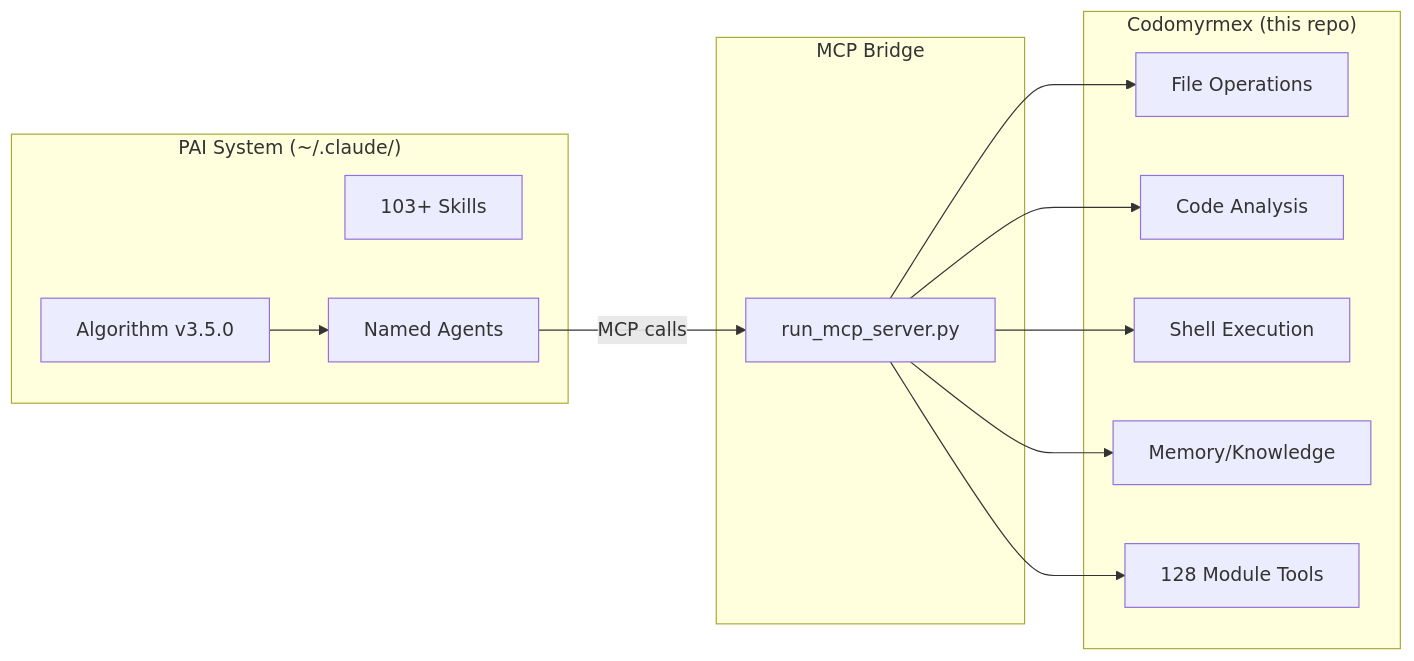
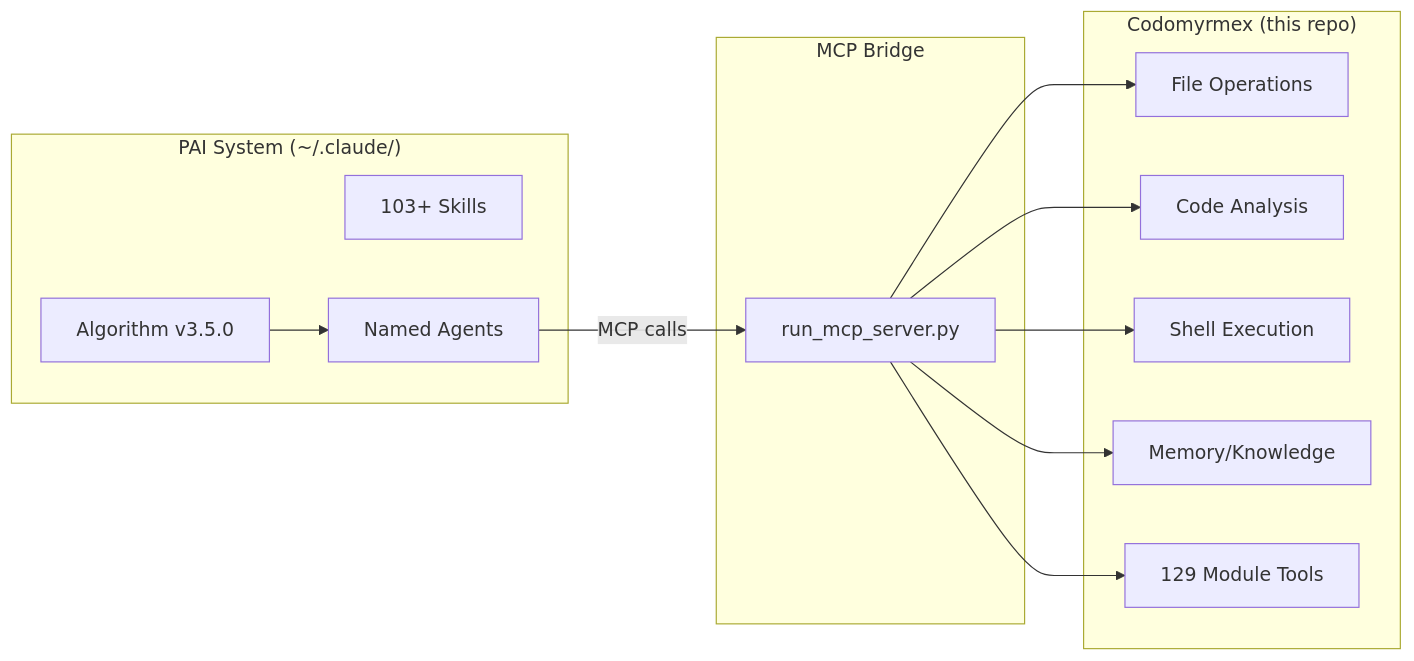
One commit to docxology/codomyrmex changed the diagram in PAI.md. Above: the diagram before and after it, drawn with Mermaid. The commit also changed other lines of this file and 58 other files, not shown here.

````diff
--- a/PAI.md
+++ b/PAI.md
@@ -35,28 +35,28 @@
 ```mermaid
 graph LR
     subgraph PAI ["PAI System (~/.claude/)"]
         Algo["Algorithm v3.5.0"]
         Skills["103+ Skills"]
         Agents["Named Agents"]
     end
 
     subgraph Bridge ["MCP Bridge"]
         Server["run_mcp_server.py"]
     end
 
     subgraph Codomyrmex ["Codomyrmex (this repo)"]
         FileOps["File Operations"]
         CodeAnalysis["Code Analysis"]
         Shell["Shell Execution"]
         Memory["Memory/Knowledge"]
-        Modules["128 Module Tools"]
+        Modules["129 Module Tools"]
     end
 
     Algo --> Agents
     Agents -->|"MCP calls"| Server
     Server --> FileOps
     Server --> CodeAnalysis
     Server --> Shell
     Server --> Memory
     Server --> Modules
 ```
````
